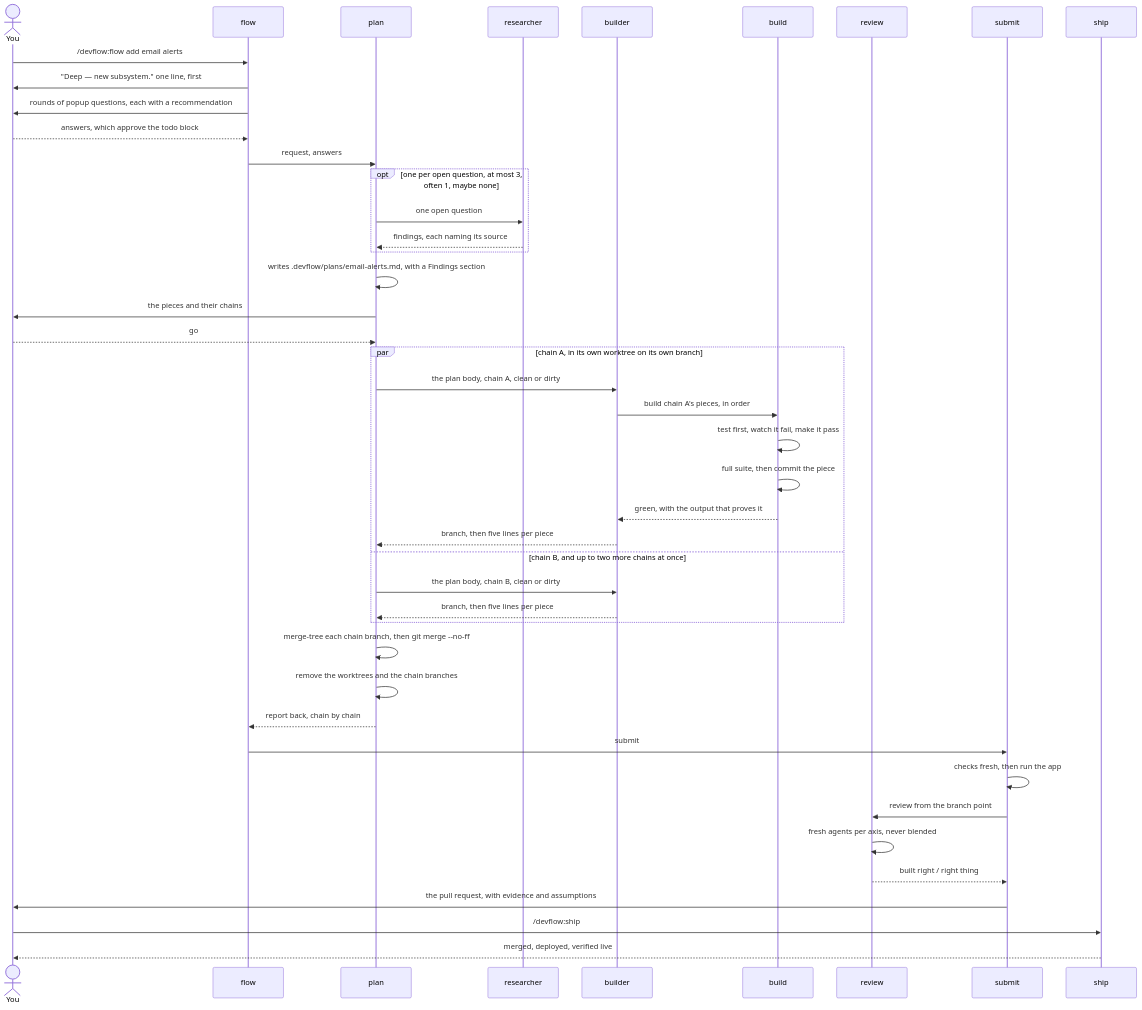
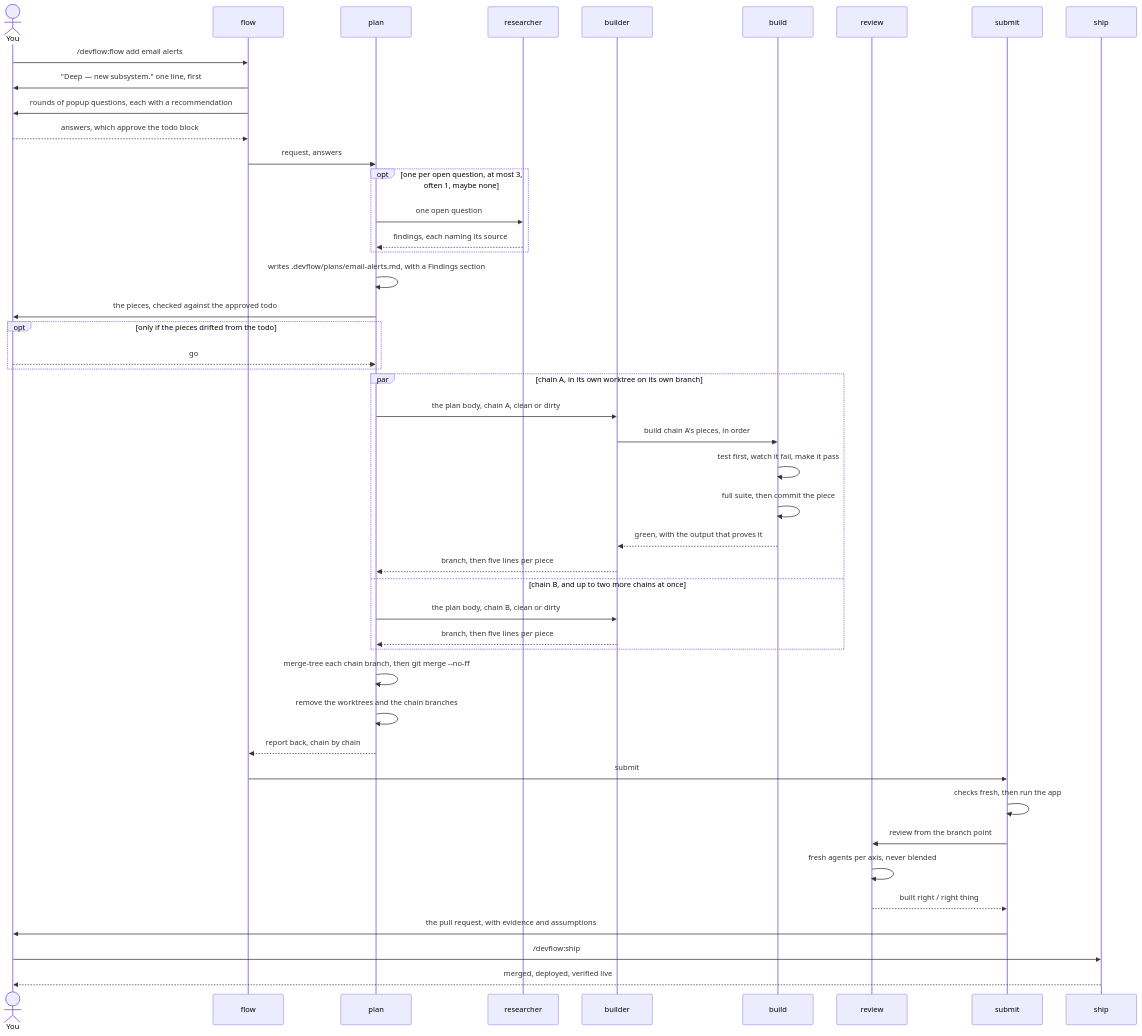
One commit to eddiechok/agent-devflow changed the second of 2 diagrams in docs/pipeline.md. Above: the diagram before and after it, drawn with Mermaid. The commit also changed other lines of this file and 6 other files, not shown here.

First line of the commit message:
feat(flow,plan): approve the todo once on Deep, in a quote box

````diff
--- a/docs/pipeline.md
+++ b/docs/pipeline.md
@@ -95,49 +95,51 @@
 ```mermaid
 sequenceDiagram
     actor You
     participant flow
     participant plan
     participant researcher
     participant builder
     participant build
     participant review
     participant submit
     participant ship
 
     You->>flow: /devflow:flow add email alerts
     flow->>You: "Deep — new subsystem." one line, first
     flow->>You: rounds of popup questions, each with a recommendation
     You-->>flow: answers, which approve the todo block
     flow->>plan: request, answers
     opt one per open question, at most 3, often 1, maybe none
         plan->>researcher: one open question
         researcher-->>plan: findings, each naming its source
     end
     plan->>plan: writes .devflow/plans/email-alerts.md, with a Findings section
-    plan->>You: the pieces and their chains
-    You-->>plan: go
+    plan->>You: the pieces, checked against the approved todo
+    opt only if the pieces drifted from the todo
+        You-->>plan: go
+    end
 
     par chain A, in its own worktree on its own branch
         plan->>builder: the plan body, chain A, clean or dirty
         builder->>build: build chain A's pieces, in order
         build->>build: test first, watch it fail, make it pass
         build->>build: full suite, then commit the piece
         build-->>builder: green, with the output that proves it
         builder-->>plan: branch, then five lines per piece
     and chain B, and up to two more chains at once
         plan->>builder: the plan body, chain B, clean or dirty
         builder-->>plan: branch, then five lines per piece
     end
 
     plan->>plan: merge-tree each chain branch, then git merge --no-ff
     plan->>plan: remove the worktrees and the chain branches
     plan-->>flow: report back, chain by chain
     flow->>submit: submit
     submit->>submit: checks fresh, then run the app
     submit->>review: review from the branch point
     review->>review: fresh agents per axis, never blended
     review-->>submit: built right / right thing
     submit->>You: the pull request, with evidence and assumptions
     You->>ship: /devflow:ship
     ship-->>You: merged, deployed, verified live
 ```
````
